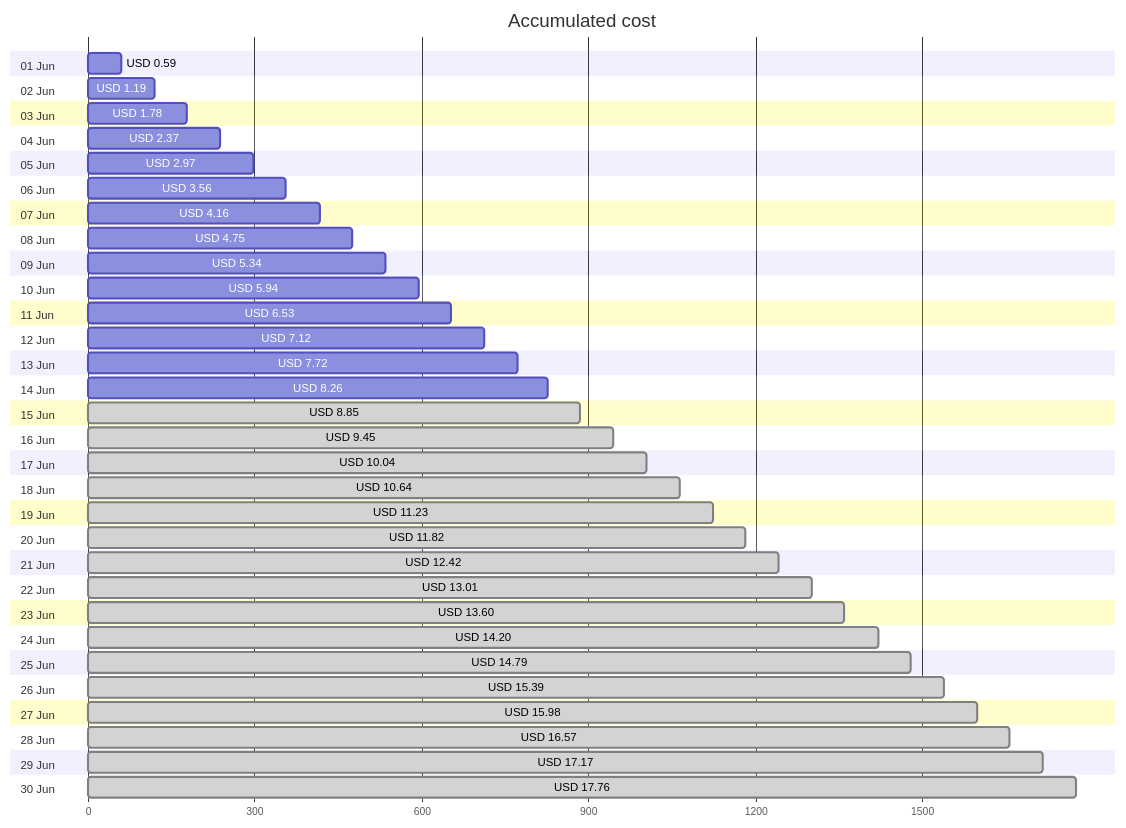
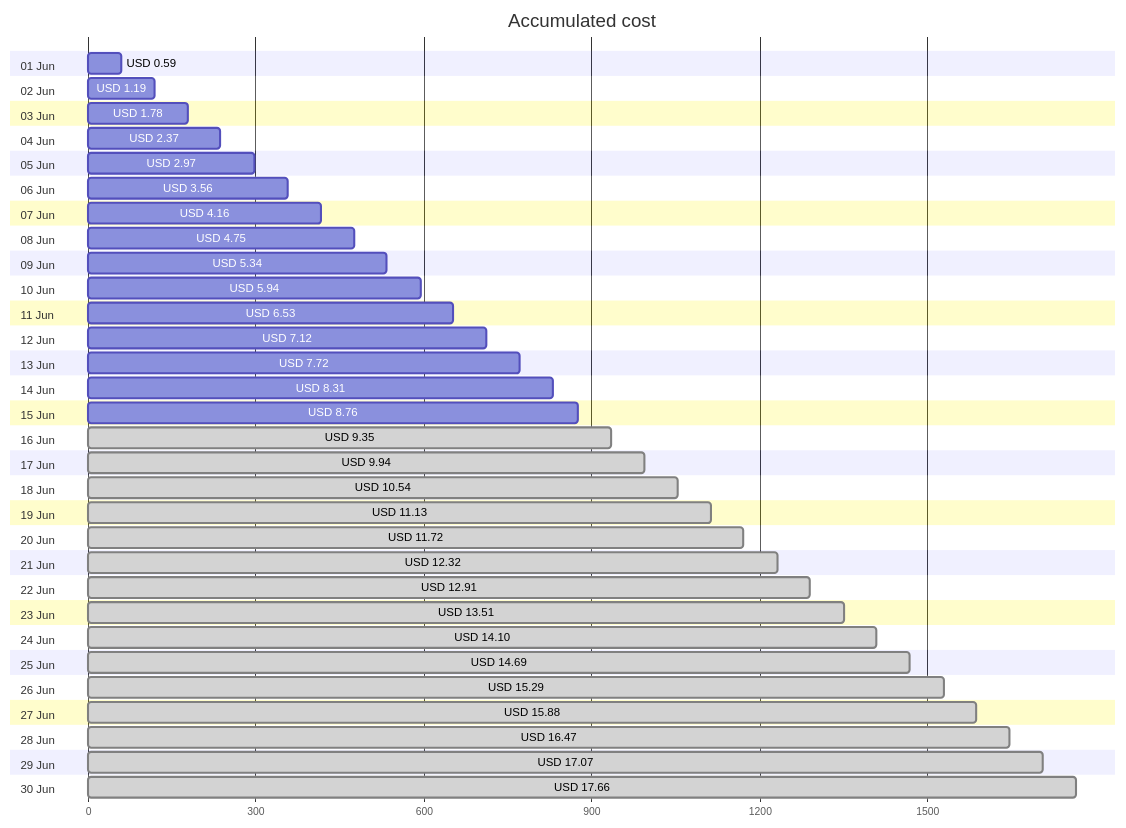
Before and after one commit to jpfulton/azure-personal-reports: the first of 4 diagrams in cost-reports/personal-site/README.md, drawn with Mermaid. The commit also changed other lines of this file and 6 other files, not shown here.

````diff
--- a/cost-reports/personal-site/README.md
+++ b/cost-reports/personal-site/README.md
@@ -20,66 +20,66 @@
 ```mermaid
 gantt
    title Accumulated cost
    dateFormat  X
    axisFormat %s
    section 01 Jun
    USD 0.59 :0, 59
    section 02 Jun
    USD 1.19 :0, 119
    section 03 Jun
    USD 1.78 :0, 178
    section 04 Jun
    USD 2.37 :0, 237
    section 05 Jun
    USD 2.97 :0, 297
    section 06 Jun
    USD 3.56 :0, 356
    section 07 Jun
    USD 4.16 :0, 416
    section 08 Jun
    USD 4.75 :0, 475
    section 09 Jun
    USD 5.34 :0, 534
    section 10 Jun
    USD 5.94 :0, 594
    section 11 Jun
    USD 6.53 :0, 653
    section 12 Jun
    USD 7.12 :0, 712
    section 13 Jun
    USD 7.72 :0, 772
    section 14 Jun
-   USD 8.26 :0, 826
+   USD 8.31 :0, 831
    section 15 Jun
-   USD 8.85 : done, 0, 885
+   USD 8.76 :0, 876
    section 16 Jun
-   USD 9.45 : done, 0, 945
+   USD 9.35 : done, 0, 935
    section 17 Jun
-   USD 10.04 : done, 0, 1004
+   USD 9.94 : done, 0, 994
    section 18 Jun
-   USD 10.64 : done, 0, 1064
+   USD 10.54 : done, 0, 1054
    section 19 Jun
-   USD 11.23 : done, 0, 1123
+   USD 11.13 : done, 0, 1113
    section 20 Jun
-   USD 11.82 : done, 0, 1182
+   USD 11.72 : done, 0, 1172
    section 21 Jun
-   USD 12.42 : done, 0, 1242
+   USD 12.32 : done, 0, 1232
    section 22 Jun
-   USD 13.01 : done, 0, 1301
+   USD 12.91 : done, 0, 1291
    section 23 Jun
-   USD 13.60 : done, 0, 1360
+   USD 13.51 : done, 0, 1351
    section 24 Jun
-   USD 14.20 : done, 0, 1420
+   USD 14.10 : done, 0, 1410
    section 25 Jun
-   USD 14.79 : done, 0, 1479
+   USD 14.69 : done, 0, 1469
    section 26 Jun
-   USD 15.39 : done, 0, 1539
+   USD 15.29 : done, 0, 1529
    section 27 Jun
-   USD 15.98 : done, 0, 1598
+   USD 15.88 : done, 0, 1588
    section 28 Jun
-   USD 16.57 : done, 0, 1657
+   USD 16.47 : done, 0, 1647
    section 29 Jun
-   USD 17.17 : done, 0, 1717
+   USD 17.07 : done, 0, 1707
    section 30 Jun
-   USD 17.76 : done, 0, 1776
+   USD 17.66 : done, 0, 1766
 ```
````
